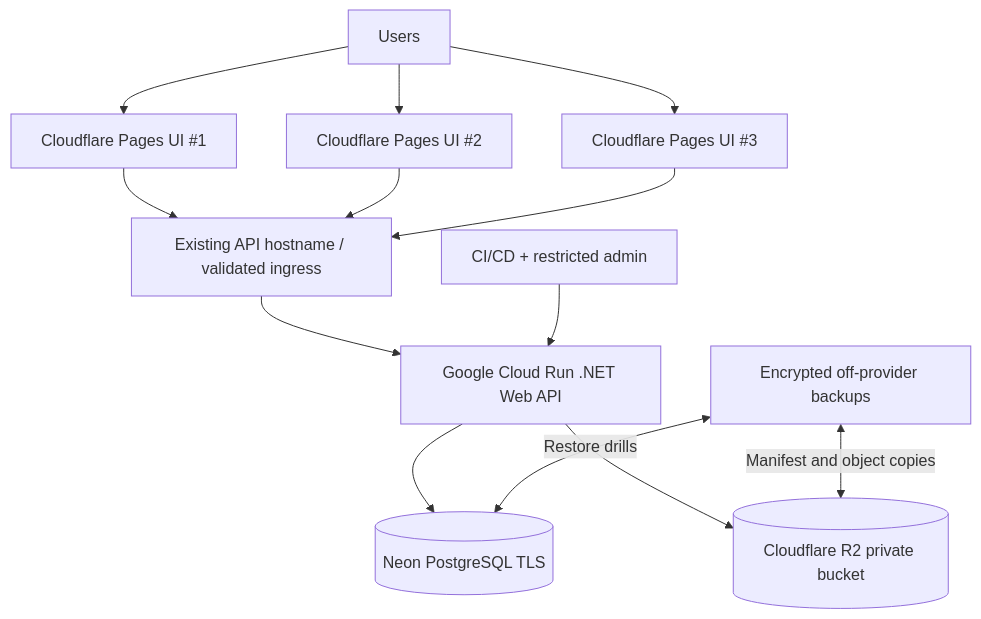
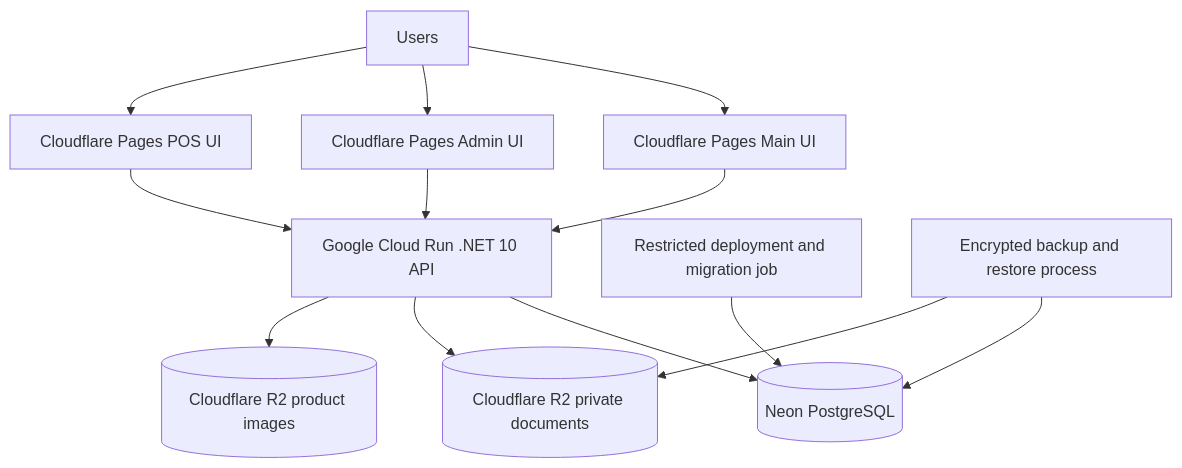
The diagram in docs/VEXORIONERP_AZURE_MIGRATION_PLAN.md (indrapermana/vexorion), drawn with Mermaid before and after one commit. The commit also changed other lines of this file, not shown here.

Commit message:
feat: update migration plan

````diff
--- a/docs/VEXORIONERP_AZURE_MIGRATION_PLAN.md
+++ b/docs/VEXORIONERP_AZURE_MIGRATION_PLAN.md
@@ -49,15 +40,15 @@
 ```mermaid
 flowchart TD
-    U[Users] --> F1[Cloudflare Pages UI #1]
-    U --> F2[Cloudflare Pages UI #2]
-    U --> F3[Cloudflare Pages UI #3]
-    F1 --> G[Existing API hostname / validated ingress]
-    F2 --> G
-    F3 --> G
-    G --> API[Google Cloud Run .NET Web API]
-    API --> DB[(Neon PostgreSQL TLS)]
-    API --> R2[(Cloudflare R2 private bucket)]
-    ADM[CI/CD + restricted admin] --> API
-    BAK[Encrypted off-provider backups] <-->|Restore drills| DB
-    BAK <-->|Manifest and object copies| R2
+    U[Users] --> UI1[Cloudflare Pages Main UI]
+    U --> UI2[Cloudflare Pages Admin UI]
+    U --> UI3[Cloudflare Pages POS UI]
+    UI1 --> API[Google Cloud Run .NET 10 API]
+    UI2 --> API
+    UI3 --> API
+    API --> DB[(Neon PostgreSQL)]
+    API --> DOCS[(Cloudflare R2 private documents)]
+    API --> IMAGES[(Cloudflare R2 product images)]
+    OPS[Restricted deployment and migration job] --> DB
+    BACKUP[Encrypted backup and restore process] --> DB
+    BACKUP --> DOCS
 ```
````
